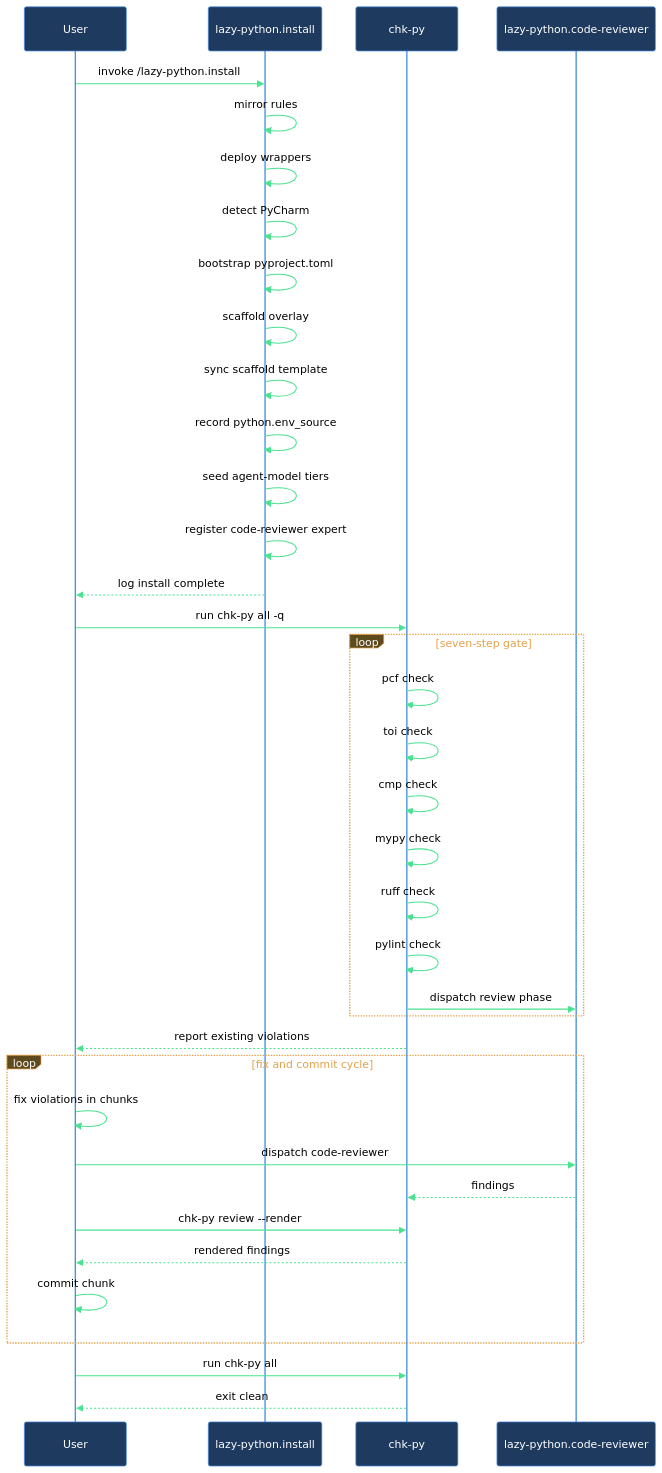
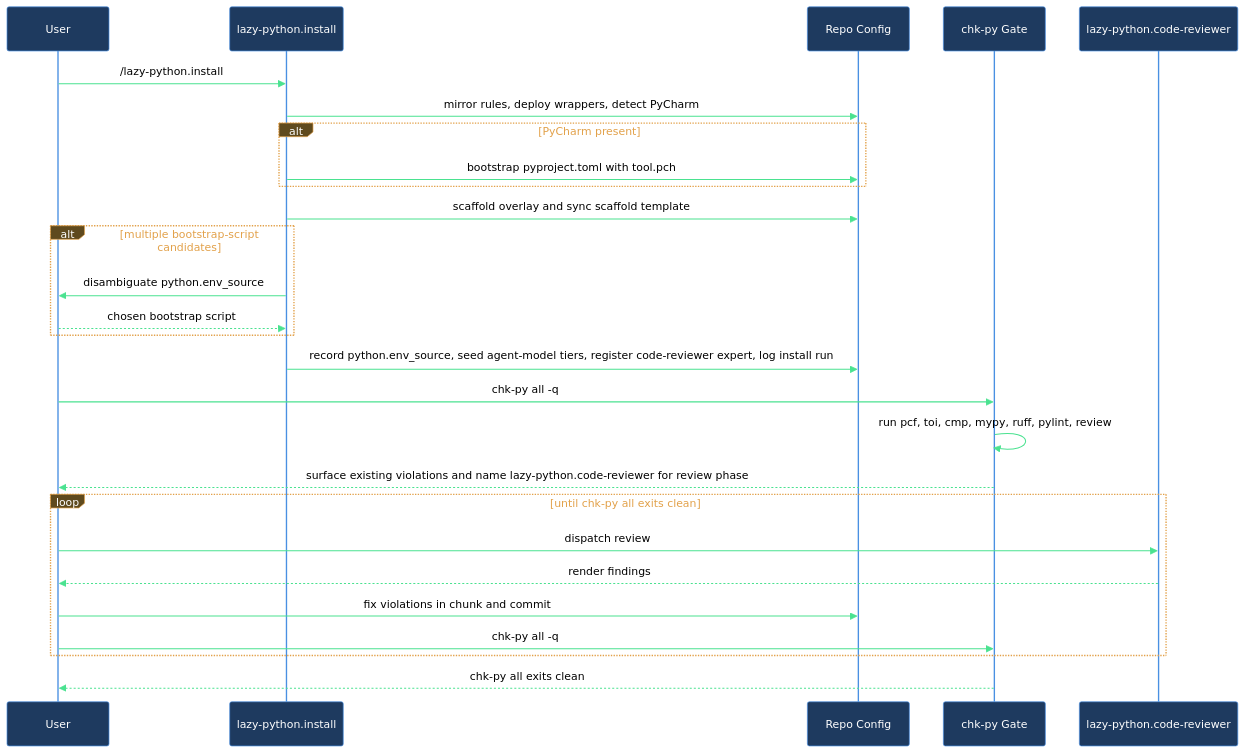
One commit to mebius-san/lazy-cortex changed the diagram in claude/lazycortex-python/help/walkthroughs/migrate-existing-repo.md. Above: the diagram before and after it, drawn with Mermaid. The commit also changed other lines of this file and 21 other files, not shown here.

````diff
--- a/claude/lazycortex-python/help/walkthroughs/migrate-existing-repo.md
+++ b/claude/lazycortex-python/help/walkthroughs/migrate-existing-repo.md
@@ -140,41 +152,31 @@
 ```mermaid
 %%{init: {'themeVariables':{'background':'transparent','primaryColor':'#1e3a5f','primaryBorderColor':'#4a90e2','primaryTextColor':'#fff','lineColor':'#4ae290','actorBkg':'#1e3a5f','actorBorder':'#4a90e2','actorTextColor':'#fff','actorLineColor':'#4a90e2','signalColor':'#4ae290','signalTextColor':'#000','noteBkgColor':'#5f4a1e','noteBorderColor':'#e2a14a','noteTextColor':'#fff','labelBoxBkgColor':'#5f4a1e','labelBoxBorderColor':'#e2a14a','labelTextColor':'#fff','loopTextColor':'#e2a14a'},'sequence':{'diagramPadding':5,'useMaxWidth':true}}}%%
 sequenceDiagram
   participant user as User
-  participant install as lazy-python.install
-  participant chkPy as chk-py
-  participant reviewer as lazy-python.code-reviewer
+  participant installSkill as lazy-python.install
+  participant repoConfig as Repo Config
+  participant chkPyGate as chk-py Gate
+  participant codeReviewer as lazy-python.code-reviewer
 
-  user->>install: invoke /lazy-python.install
-  install->>install: mirror rules
-  install->>install: deploy wrappers
-  install->>install: detect PyCharm
-  install->>install: bootstrap pyproject.toml
-  install->>install: scaffold overlay
-  install->>install: sync scaffold template
-  install->>install: record python.env_source
-  install->>install: seed agent-model tiers
-  install->>install: register code-reviewer expert
-  install-->>user: log install complete
-  user->>chkPy: run chk-py all -q
-  loop seven-step gate
-    chkPy->>chkPy: pcf check
-    chkPy->>chkPy: toi check
-    chkPy->>chkPy: cmp check
-    chkPy->>chkPy: mypy check
-    chkPy->>chkPy: ruff check
-    chkPy->>chkPy: pylint check
-    chkPy->>reviewer: dispatch review phase
+  user->>installSkill: /lazy-python.install
+  installSkill->>repoConfig: mirror rules, deploy wrappers, detect PyCharm
+  alt PyCharm present
+    installSkill->>repoConfig: bootstrap pyproject.toml with tool.pch
   end
-  chkPy-->>user: report existing violations
-  loop fix and commit cycle
-    user->>user: fix violations in chunks
-    user->>reviewer: dispatch code-reviewer
-    reviewer-->>chkPy: findings
-    user->>chkPy: chk-py review --render
-    chkPy-->>user: rendered findings
-    user->>user: commit chunk
+  installSkill->>repoConfig: scaffold overlay and sync scaffold template
+  alt multiple bootstrap-script candidates
+    installSkill->>user: disambiguate python.env_source
+    user-->>installSkill: chosen bootstrap script
   end
-  user->>chkPy: run chk-py all
-  chkPy-->>user: exit clean
+  installSkill->>repoConfig: record python.env_source, seed agent-model tiers, register code-reviewer expert, log install run
+  user->>chkPyGate: chk-py all -q
+  chkPyGate->>chkPyGate: run pcf, toi, cmp, mypy, ruff, pylint, review
+  chkPyGate-->>user: surface existing violations and name lazy-python.code-reviewer for review phase
+  loop until chk-py all exits clean
+    user->>codeReviewer: dispatch review
+    codeReviewer-->>user: render findings
+    user->>repoConfig: fix violations in chunk and commit
+    user->>chkPyGate: chk-py all -q
+  end
+  chkPyGate-->>user: chk-py all exits clean
 ```
````
